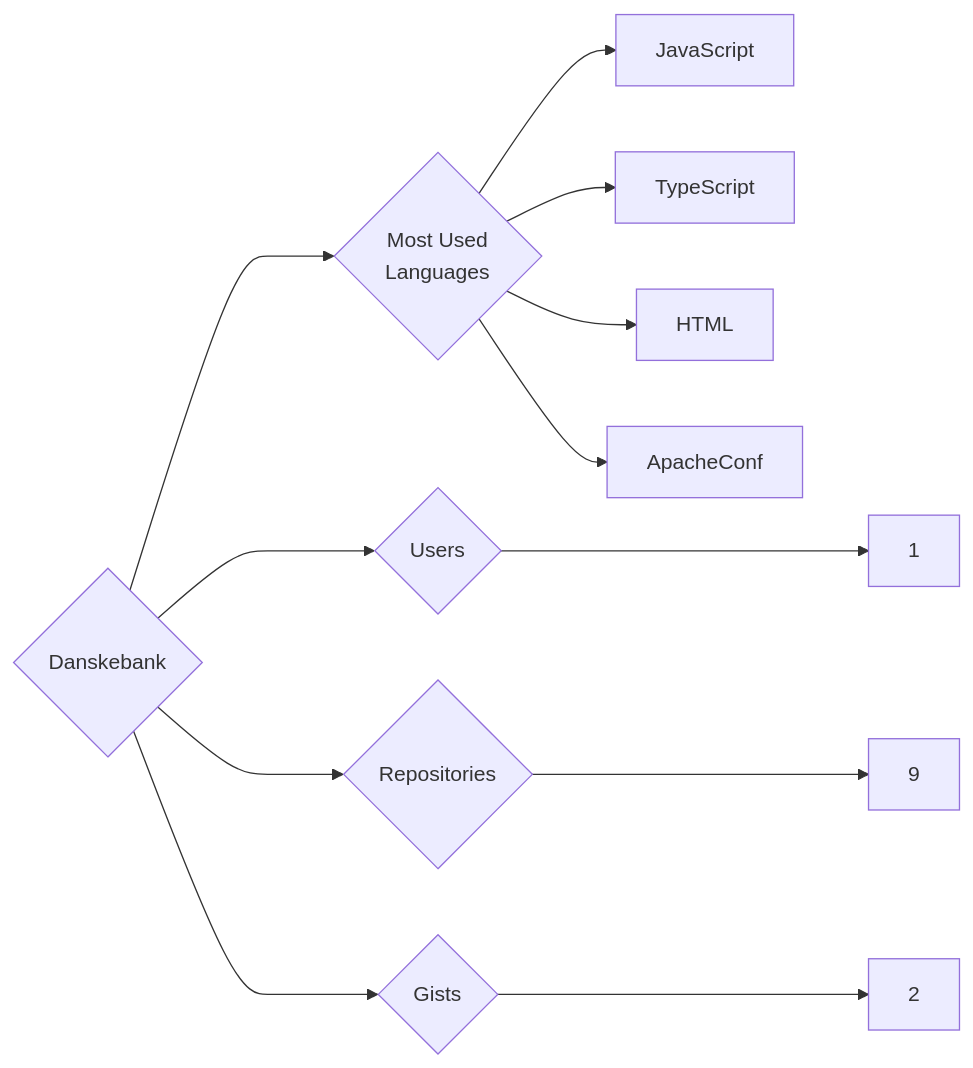
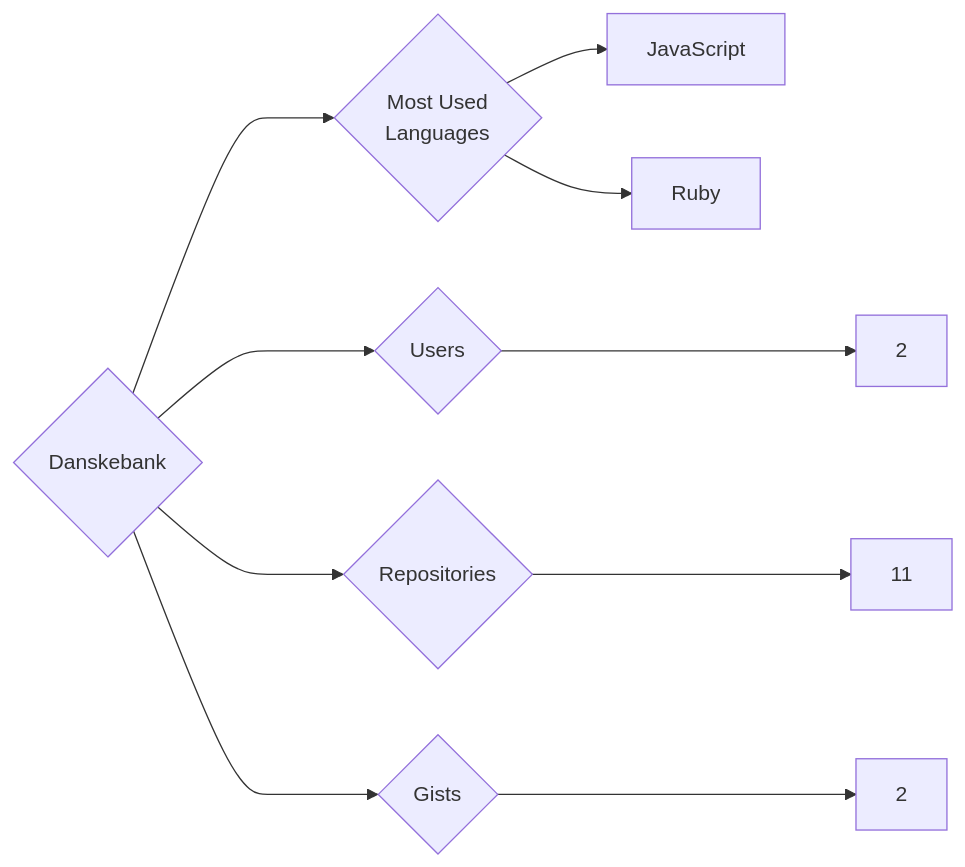
Before and after one commit to trickest/insiders: the diagram in targets/Danskebank/README.md, drawn with Mermaid. The commit also changed 724 other files, not shown here.

````diff
--- a/targets/Danskebank/README.md
+++ b/targets/Danskebank/README.md
@@ -3,12 +3,10 @@
 ```mermaid
 graph LR
 COMPANY_NAME{Danskebank}
-COMPANY_NAME ---> U{Users} ---> UN[1]
-COMPANY_NAME ---> R{Repositories} ---> RN[9]
+COMPANY_NAME ---> U{Users} ---> UN[2]
+COMPANY_NAME ---> R{Repositories} ---> RN[11]
 COMPANY_NAME ---> G{Gists} ---> GN[2]
 COMPANY_NAME ---> ML{Most Used<br>Languages}
 ML --> JavaScript[JavaScript]
-ML --> TypeScript[TypeScript]
-ML --> HTML[HTML]
-ML --> ApacheConf[ApacheConf]
+ML --> Ruby[Ruby]
 ```
````
